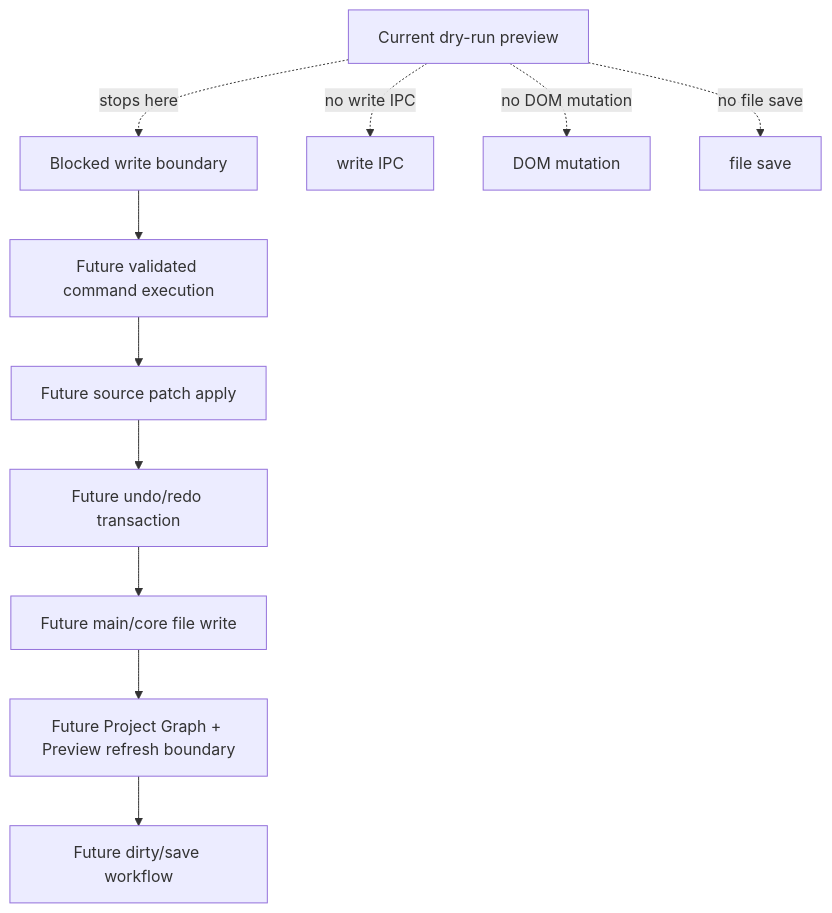
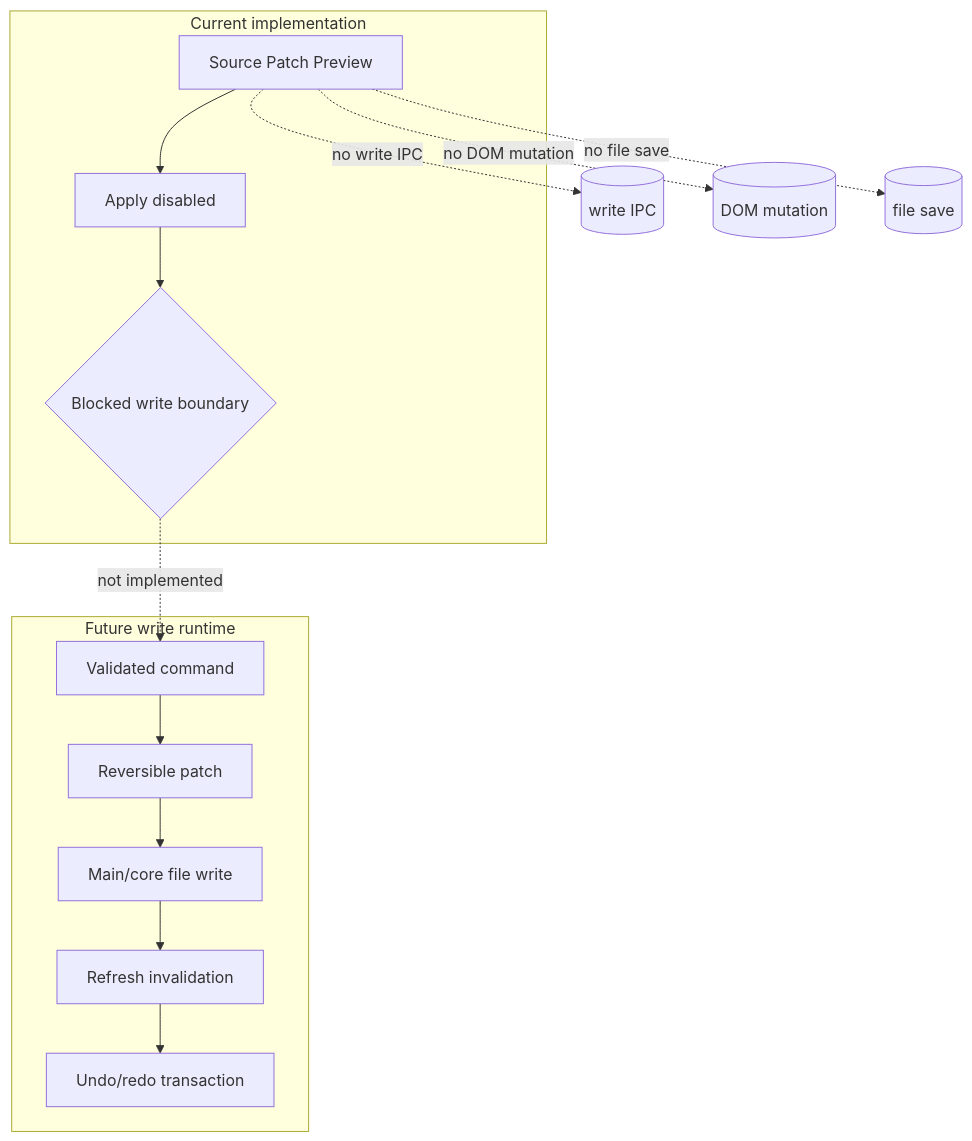
Before and after one commit to krestosa/Crystal: the diagram in docs/architecture/flows/future-write-flow.md, drawn with Mermaid. The commit also changed other lines of this file and 21 other files, not shown here.

Commit message:
Add richer architecture diagrams and state flows

````diff
--- a/docs/architecture/flows/future-write-flow.md
+++ b/docs/architecture/flows/future-write-flow.md
@@ -15,14 +71,23 @@
 ```mermaid
 flowchart TD
-  Current[Current dry-run preview] -. stops here .-> Blocked[Blocked write boundary]
-  Blocked --> FutureCommand[Future validated command execution]
-  FutureCommand --> FuturePatch[Future source patch apply]
-  FuturePatch --> FutureHistory[Future undo/redo transaction]
-  FutureHistory --> FutureWrite[Future main/core file write]
-  FutureWrite --> FutureRefresh[Future Project Graph + Preview refresh boundary]
-  FutureRefresh --> FutureDirty[Future dirty/save workflow]
+  subgraph Current[Current implementation]
+    Preview[Source Patch Preview]
+    Disabled[Apply disabled]
+    Boundary{Blocked write boundary}
+  end
 
-  Current -. no write IPC .-> WriteIPC[write IPC]
-  Current -. no DOM mutation .-> DOMMutation[DOM mutation]
-  Current -. no file save .-> FileSave[file save]
+  subgraph Future[Future write runtime]
+    Command[Validated command]
+    Patch[Reversible patch]
+    Write[Main/core file write]
+    Refresh[Refresh invalidation]
+    History[Undo/redo transaction]
+  end
+
+  Preview --> Disabled --> Boundary
+  Boundary -. not implemented .-> Command
+  Command --> Patch --> Write --> Refresh --> History
+  Preview -. no write IPC .-> WriteIPC[(write IPC)]
+  Preview -. no DOM mutation .-> DOMMutation[(DOM mutation)]
+  Preview -. no file save .-> FileSave[(file save)]
 ```
````
